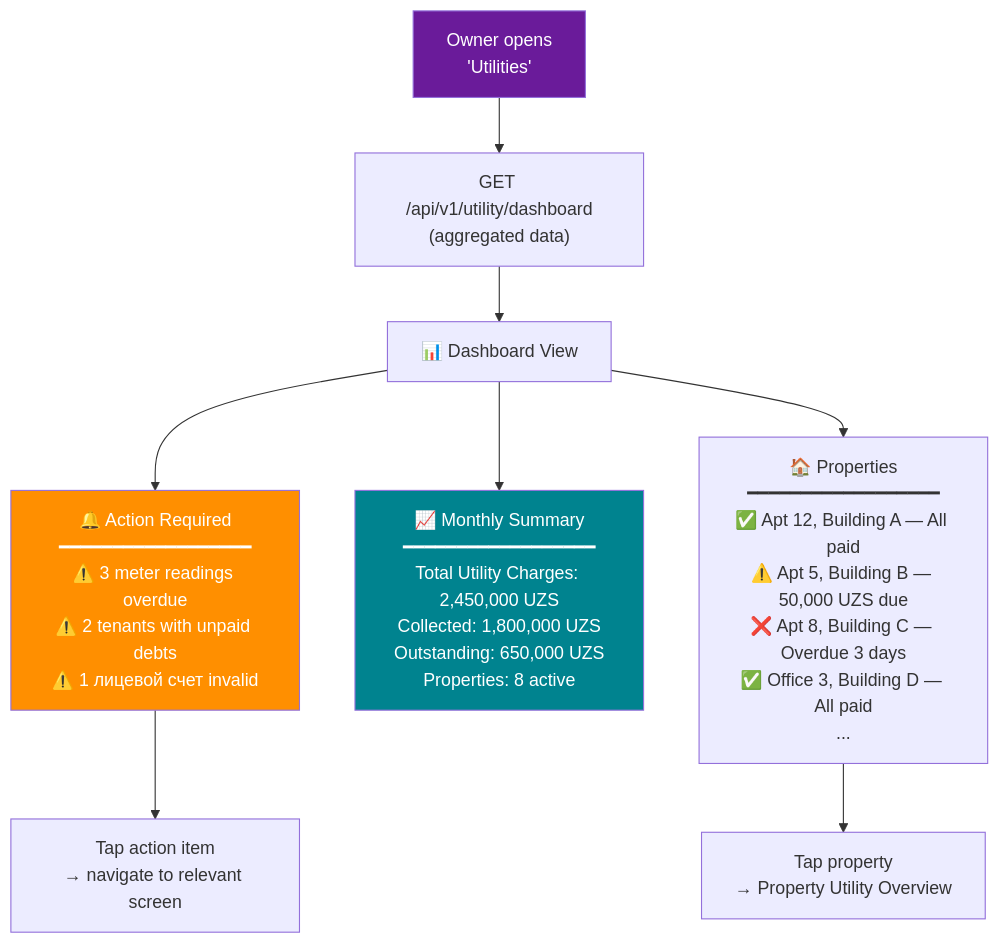
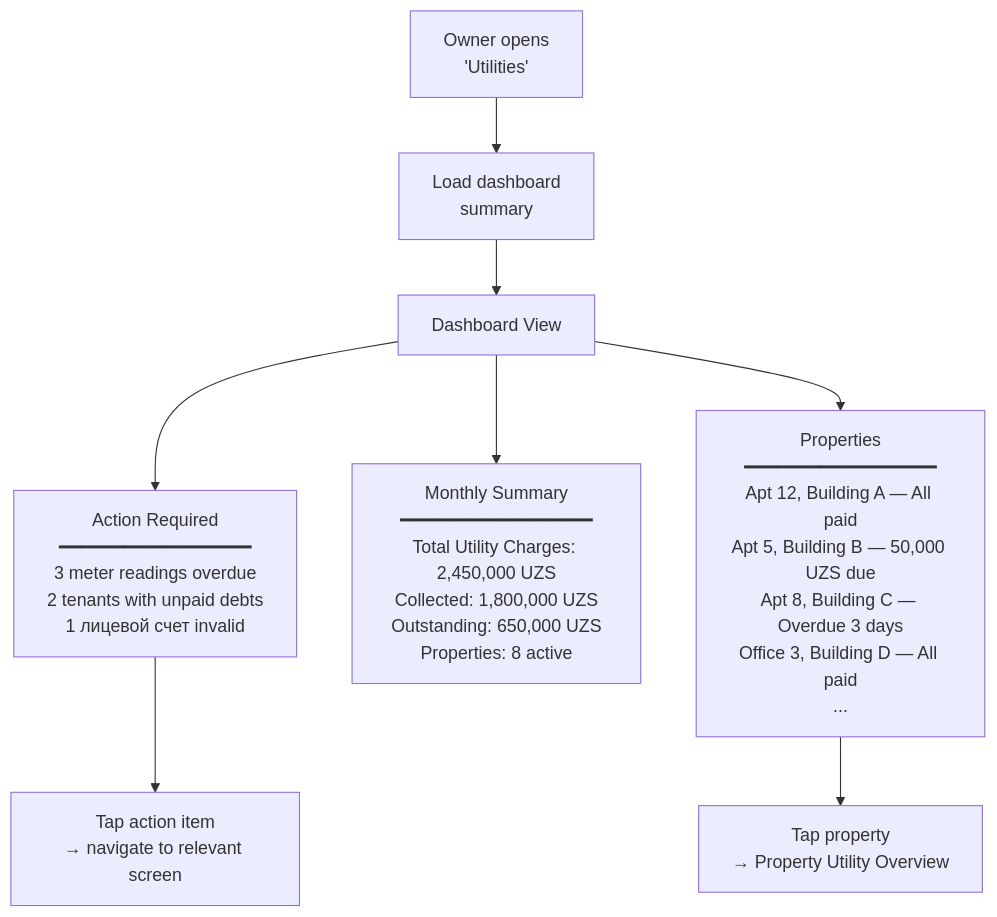
Before and after one commit to saodatm-dev/Utilities---Informational-Architecture: the second of 11 diagrams in Utilities - Business Owner.md, drawn with Mermaid. The commit also changed other lines of this file, not shown here.

Commit message:
refactor: Streamline Mermaid diagrams by removing icons, styling, and the 'Billing Management' flow, while expanding utility account details and removing backend notes.

````diff
--- a/Utilities - Business Owner.md
+++ b/Utilities - Business Owner.md
@@ -66,19 +58,15 @@
 ```mermaid
 flowchart TD
-    OPEN["Owner opens<br/>'Utilities'"] --> LOAD["GET /api/v1/utility/dashboard<br/>(aggregated data)"]
+    OPEN["Owner opens<br/>'Utilities'"] --> LOAD["Load dashboard<br/>summary"]
 
-    LOAD --> DASH["📊 Dashboard View"]
+    LOAD --> DASH["Dashboard View"]
 
-    DASH --> SECTION_A["🔔 Action Required<br/>━━━━━━━━━━━━━━━━━━<br/>⚠️ 3 meter readings overdue<br/>⚠️ 2 tenants with unpaid debts<br/>⚠️ 1 лицевой счет invalid"]
+    DASH --> SECTION_A["Action Required<br/>━━━━━━━━━━━━━━━━━━<br/>3 meter readings overdue<br/>2 tenants with unpaid debts<br/>1 лицевой счет invalid"]
 
-    DASH --> SECTION_B["📈 Monthly Summary<br/>━━━━━━━━━━━━━━━━━━<br/>Total Utility Charges: 2,450,000 UZS<br/>Collected: 1,800,000 UZS<br/>Outstanding: 650,000 UZS<br/>Properties: 8 active"]
+    DASH --> SECTION_B["Monthly Summary<br/>━━━━━━━━━━━━━━━━━━<br/>Total Utility Charges: 2,450,000 UZS<br/>Collected: 1,800,000 UZS<br/>Outstanding: 650,000 UZS<br/>Properties: 8 active"]
 
-    DASH --> SECTION_C["🏠 Properties<br/>━━━━━━━━━━━━━━━━━━<br/>✅ Apt 12, Building A — All paid<br/>⚠️ Apt 5, Building B — 50,000 UZS due<br/>❌ Apt 8, Building C — Overdue 3 days<br/>✅ Office 3, Building D — All paid<br/>..."]
+    DASH --> SECTION_C["Properties<br/>━━━━━━━━━━━━━━━━━━<br/>Apt 12, Building A — All paid<br/>Apt 5, Building B — 50,000 UZS due<br/>Apt 8, Building C — Overdue 3 days<br/>Office 3, Building D — All paid<br/>..."]
 
     SECTION_A --> TAP_ACTION["Tap action item<br/>→ navigate to relevant screen"]
     SECTION_C --> TAP_PROP["Tap property<br/>→ Property Utility Overview"]
-
-    style OPEN fill:#6A1B9A,color:#fff
-    style SECTION_A fill:#FF8F00,color:#fff
-    style SECTION_B fill:#00838F,color:#fff
 ```
````
